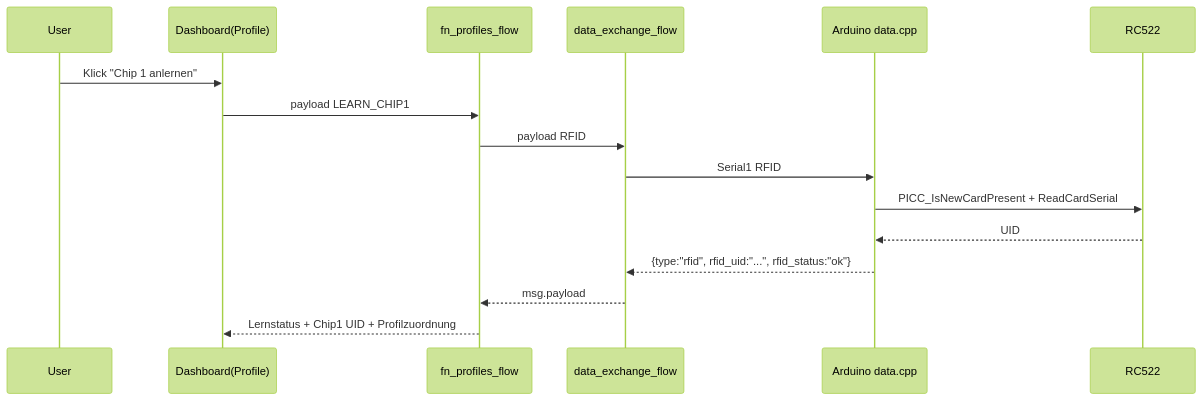
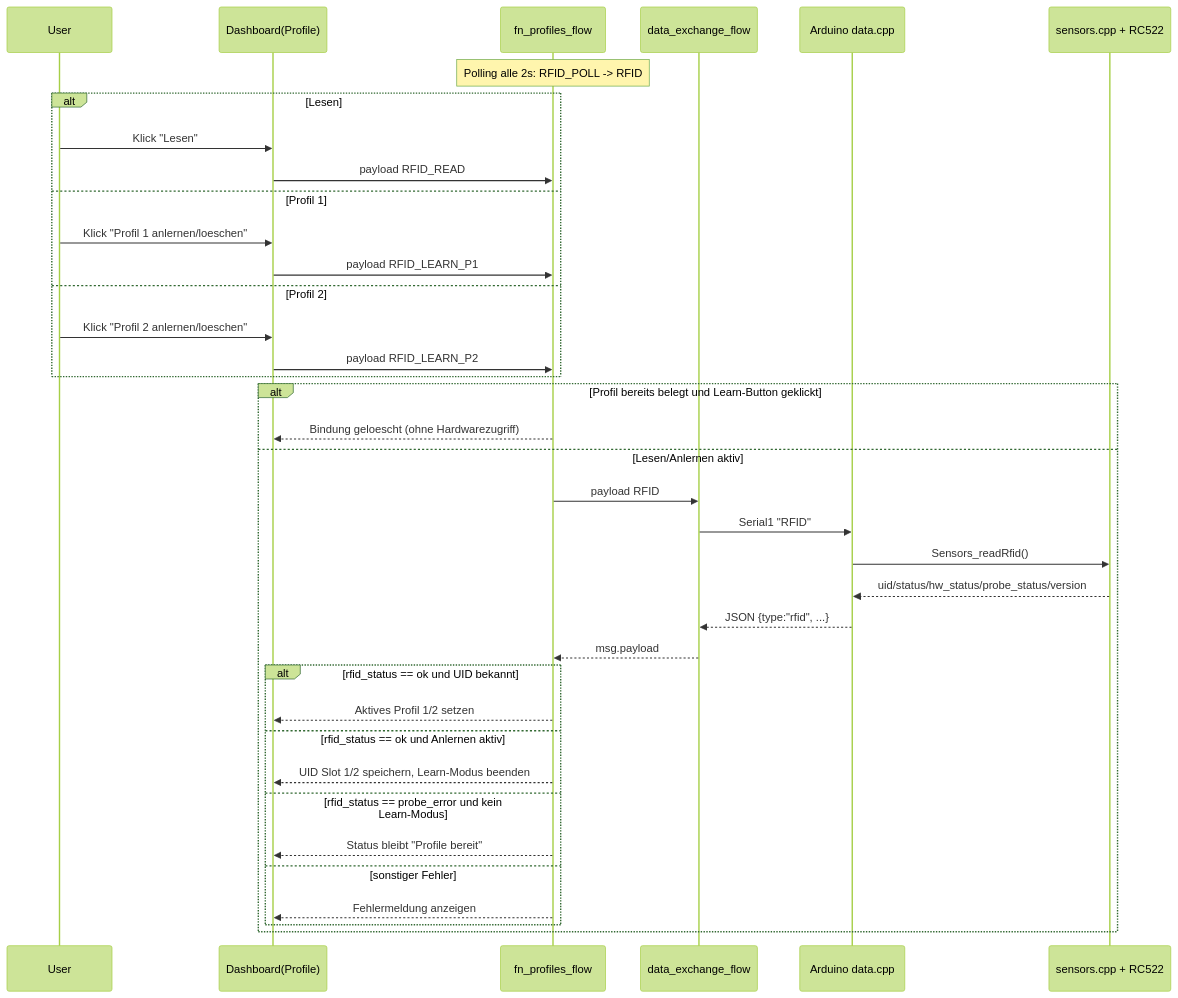
The second of 3 diagrams in nodered/flows/FLOW_ARCHITEKTUR_PLAN.md (HerrnDK/Projekt), drawn with Mermaid (forest theme) before and after one commit. The commit also changed other lines of this file and 6 other files, not shown here.

````diff
--- a/nodered/flows/FLOW_ARCHITEKTUR_PLAN.md
+++ b/nodered/flows/FLOW_ARCHITEKTUR_PLAN.md
@@ -37,19 +37,43 @@
 ```mermaid
 sequenceDiagram
   participant U as User
   participant D as Dashboard(Profile)
   participant P as fn_profiles_flow
   participant X as data_exchange_flow
   participant A as Arduino data.cpp
-  participant R as RC522
+  participant S as sensors.cpp + RC522
 
-  U->>D: Klick "Chip 1 anlernen"
-  D->>P: payload LEARN_CHIP1
-  P->>X: payload RFID
-  X->>A: Serial1 RFID
-  A->>R: PICC_IsNewCardPresent + ReadCardSerial
-  R-->>A: UID
-  A-->>X: {type:"rfid", rfid_uid:"...", rfid_status:"ok"}
-  X-->>P: msg.payload
-  P-->>D: Lernstatus + Chip1 UID + Profilzuordnung
+  Note over P: Polling alle 2s: RFID_POLL -> RFID
+
+  alt Lesen
+    U->>D: Klick "Lesen"
+    D->>P: payload RFID_READ
+  else Profil 1
+    U->>D: Klick "Profil 1 anlernen/loeschen"
+    D->>P: payload RFID_LEARN_P1
+  else Profil 2
+    U->>D: Klick "Profil 2 anlernen/loeschen"
+    D->>P: payload RFID_LEARN_P2
+  end
+
+  alt Profil bereits belegt und Learn-Button geklickt
+    P-->>D: Bindung geloescht (ohne Hardwarezugriff)
+  else Lesen/Anlernen aktiv
+    P->>X: payload RFID
+    X->>A: Serial1 "RFID"
+    A->>S: Sensors_readRfid()
+    S-->>A: uid/status/hw_status/probe_status/version
+    A-->>X: JSON {type:"rfid", ...}
+    X-->>P: msg.payload
+
+    alt rfid_status == ok und UID bekannt
+      P-->>D: Aktives Profil 1/2 setzen
+    else rfid_status == ok und Anlernen aktiv
+      P-->>D: UID Slot 1/2 speichern, Learn-Modus beenden
+    else rfid_status == probe_error und kein Learn-Modus
+      P-->>D: Status bleibt "Profile bereit"
+    else sonstiger Fehler
+      P-->>D: Fehlermeldung anzeigen
+    end
+  end
 ```
````
